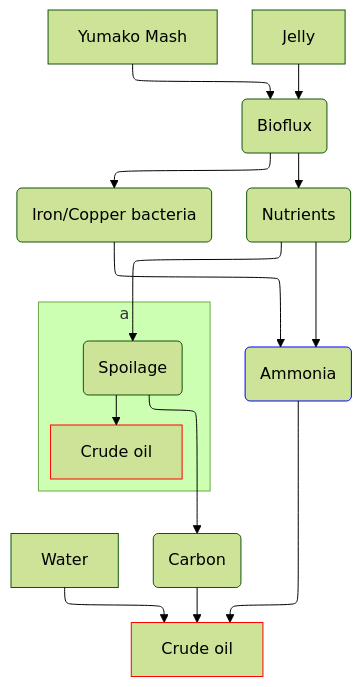
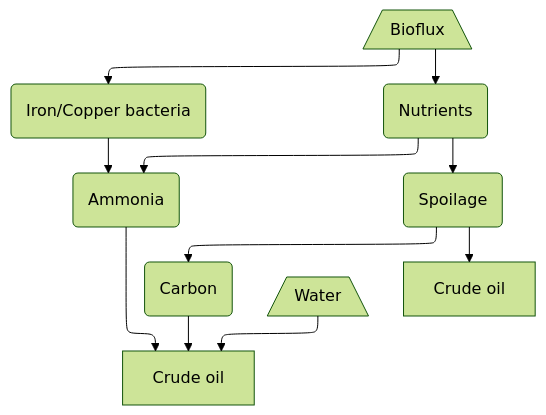
The diagram in .docs/flowcharts/gleba_crude_oil.md (JTnadrooi/Project-Galore), drawn with Mermaid (forest theme) before and after one commit. The commit also changed 6 other files, not shown here.

Commit message:
improved charts, added changelog entries

````diff
--- a/.docs/flowcharts/gleba_crude_oil.md
+++ b/.docs/flowcharts/gleba_crude_oil.md
@@ -3,23 +3,13 @@
 ```mermaid
 ---
 config:
     flowchart:
         defaultRenderer: elk
 ---
 graph TB
-    A1[Yumako Mash] -->Bf(Bioflux)
-    A2[Jelly] -->Bf
-    H2o[Water] --> OilAm[Crude oil]:::CrudeOil
-    Bf --> Ba(Iron/Copper bacteria)
-    Bf --> Nu(Nutrients)
-    Ba & Nu --> Am(Ammonia):::Ammonia
-    Nu --> Sp(Spoilage)
-    Sp --> Ca(Carbon)
-        Ca & Am --> OilAm
-    subgraph a
-        Sp --> OilSp[Crude oil]:::CrudeOil
-    end
-
-    classDef Ammonia stroke:#00f
-    classDef CrudeOil stroke:#f00
+    Bf[/Bioflux\] --> Ba(Iron/Copper bacteria) & Nu(Nutrients)
+    Ba & Nu --> Am(Ammonia)
+    Nu --> Sp(Spoilage) --> Ca(Carbon)
+    H2o[/Water\] & Ca & Am --> OilAm[Crude oil]
+    Sp  --> OilSp[Crude oil]
 ```
````
